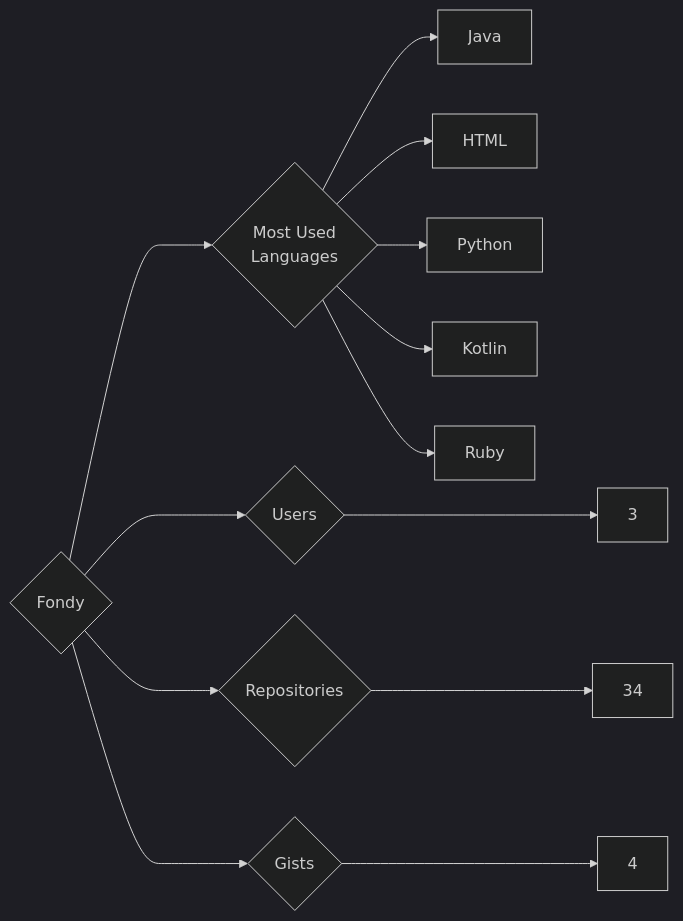
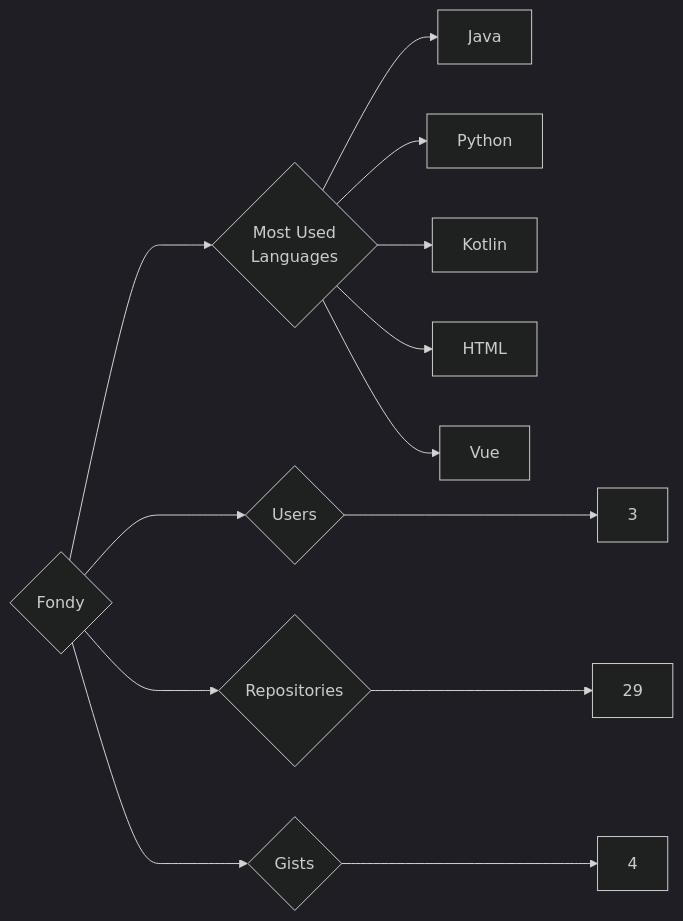
Before and after one commit to trickest/insiders: the diagram in targets/Fondy/README.md, drawn with Mermaid (dark theme). The commit also changed 809 other files, not shown here.

````diff
--- a/targets/Fondy/README.md
+++ b/targets/Fondy/README.md
@@ -3,13 +3,13 @@
 ```mermaid
 graph LR
 COMPANY_NAME{Fondy}
 COMPANY_NAME ---> U{Users} ---> UN[3]
-COMPANY_NAME ---> R{Repositories} ---> RN[34]
+COMPANY_NAME ---> R{Repositories} ---> RN[29]
 COMPANY_NAME ---> G{Gists} ---> GN[4]
 COMPANY_NAME ---> ML{Most Used<br>Languages}
 ML --> Java[Java]
-ML --> HTML[HTML]
 ML --> Python[Python]
 ML --> Kotlin[Kotlin]
-ML --> Ruby[Ruby]
+ML --> HTML[HTML]
+ML --> Vue[Vue]
 ```
````
